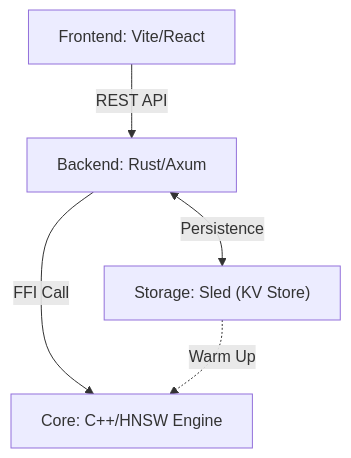
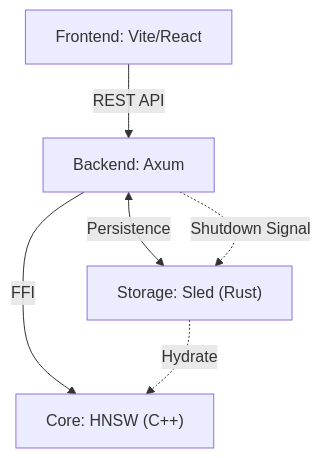
One commit to lliusshijjie/mini-recsys changed the diagram in README.md. Above: the diagram before and after it, drawn with Mermaid. The commit also changed other lines of this file, not shown here.

````diff
--- a/README.md
+++ b/README.md
@@ -17,7 +22,8 @@
 ```mermaid
 graph TD
-    A["Frontend: Vite/React"] -->|REST API| B["Backend: Rust/Axum"]
-    B -->|FFI Call| C["Core: C++/HNSW Engine"]
-    B <-->|Persistence| D["Storage: Sled (KV Store)"]
-    D -.->|Warm Up| C
+    A["Frontend: Vite/React"] -->|REST API| B["Backend: Axum"]
+    B -->|FFI| C["Core: HNSW (C++)"]
+    B <-->|Persistence| D["Storage: Sled (Rust)"]
+    D -.->|Hydrate| C
+    B -.->|Shutdown Signal| D
 ```
````
